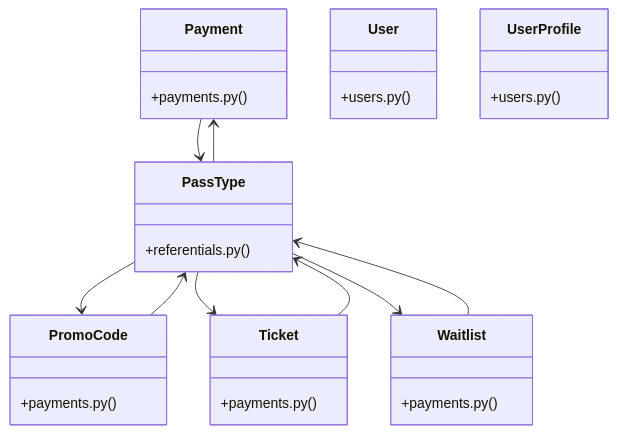
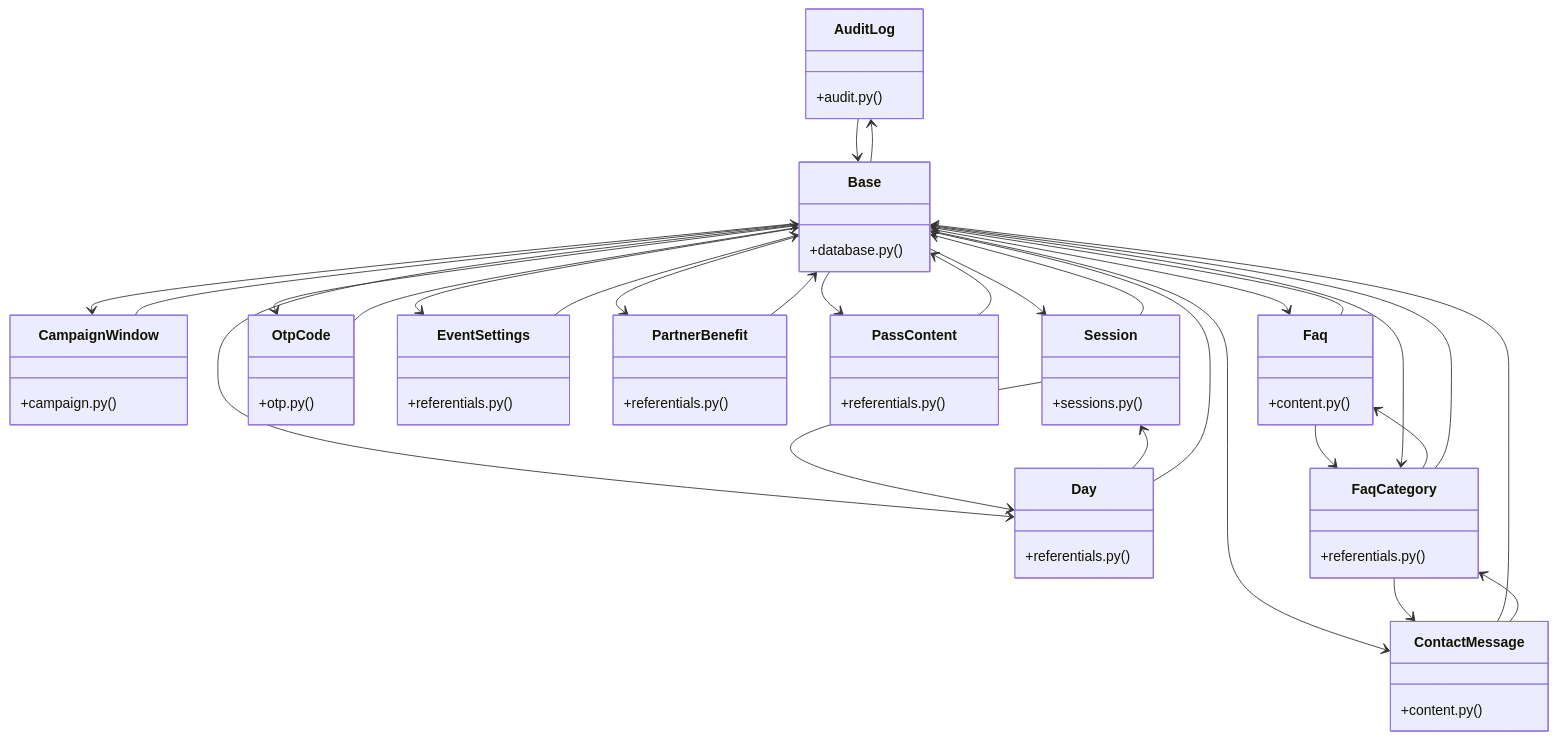
The diagram in graphify-out/wiki/[get_settings()_&_upload_file()]_Cluster.md (adjanayo/synca_conf_back), drawn with Mermaid before and after one commit. The commit also changed other lines of this file and 81 other files, not shown here.

Commit message:
chore: rafraîchir le graphe de code (graphify)

````diff
--- a/graphify-out/wiki/[get_settings()_&_upload_file()]_Cluster.md
+++ b/graphify-out/wiki/[get_settings()_&_upload_file()]_Cluster.md
@@ -36,32 +36,67 @@
 ```mermaid
 classDiagram
-    class Payment {
-        +payments.py()
+    class AuditLog {
+        +audit.py()
     }
-    class PromoCode {
-        +payments.py()
+    class CampaignWindow {
+        +campaign.py()
     }
-    class Ticket {
-        +payments.py()
+    class ContactMessage {
+        +content.py()
     }
-    class Waitlist {
-        +payments.py()
+    class Faq {
+        +content.py()
     }
-    class PassType {
+    class Base {
+        +database.py()
+    }
+    class OtpCode {
+        +otp.py()
+    }
+    class Day {
         +referentials.py()
     }
-    class User {
-        +users.py()
+    class EventSettings {
+        +referentials.py()
     }
-    class UserProfile {
-        +users.py()
+    class FaqCategory {
+        +referentials.py()
     }
-    Payment --> PassType
-    PromoCode --> PassType
-    Ticket --> PassType
-    Waitlist --> PassType
-    PassType --> PromoCode
-    PassType --> Payment
-    PassType --> Ticket
-    PassType --> Waitlist
+    class PartnerBenefit {
+        +referentials.py()
+    }
+    class PassContent {
+        +referentials.py()
+    }
+    class Session {
+        +sessions.py()
+    }
+    AuditLog --> Base
+    CampaignWindow --> Base
+    ContactMessage --> Base
+    ContactMessage --> FaqCategory
+    Faq --> Base
+    Faq --> FaqCategory
+    Base --> Session
+    Base --> AuditLog
+    Base --> OtpCode
+    Base --> CampaignWindow
+    Base --> Faq
+    Base --> ContactMessage
+    Base --> Day
+    Base --> PassContent
+    Base --> PartnerBenefit
+    Base --> FaqCategory
+    Base --> EventSettings
+    OtpCode --> Base
+    Day --> Session
+    Day --> Base
+    EventSettings --> Base
+    FaqCategory --> Faq
+    FaqCategory --> ContactMessage
+    FaqCategory --> Base
+    PartnerBenefit --> Base
+    PassContent --> Base
+    Session --> Base
+    Session --> Day
 ```
````
